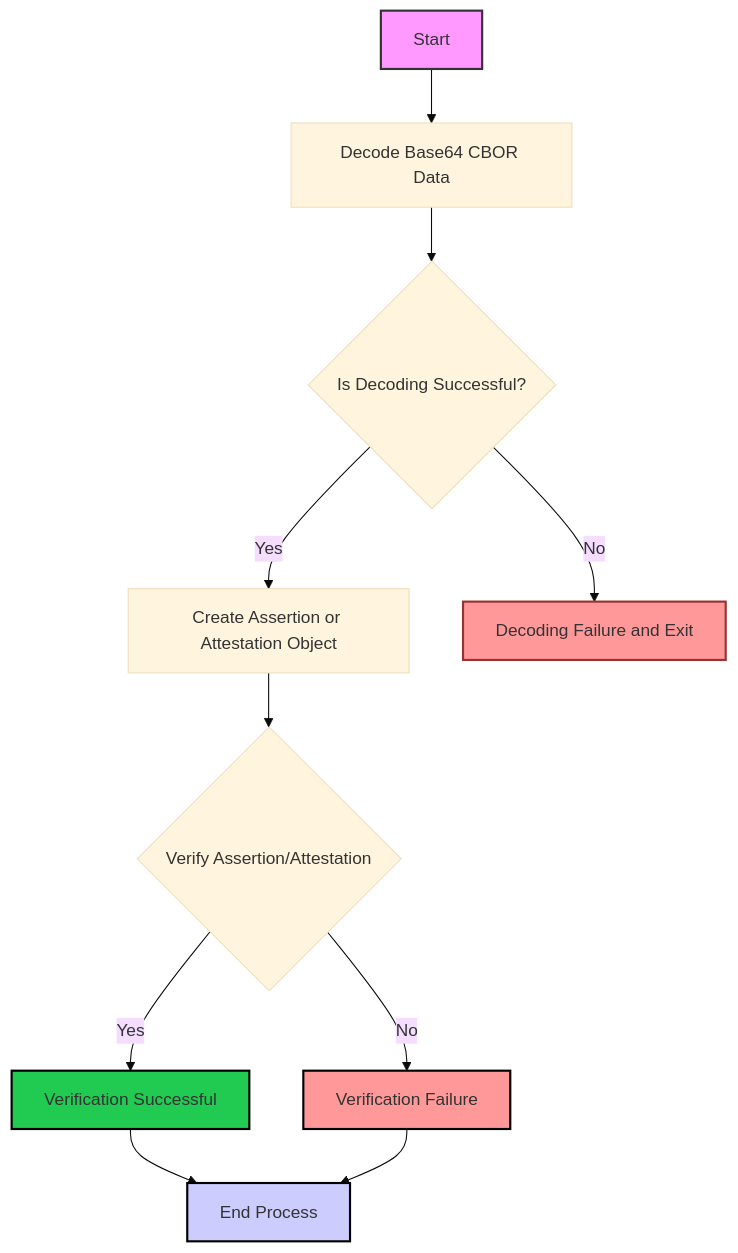
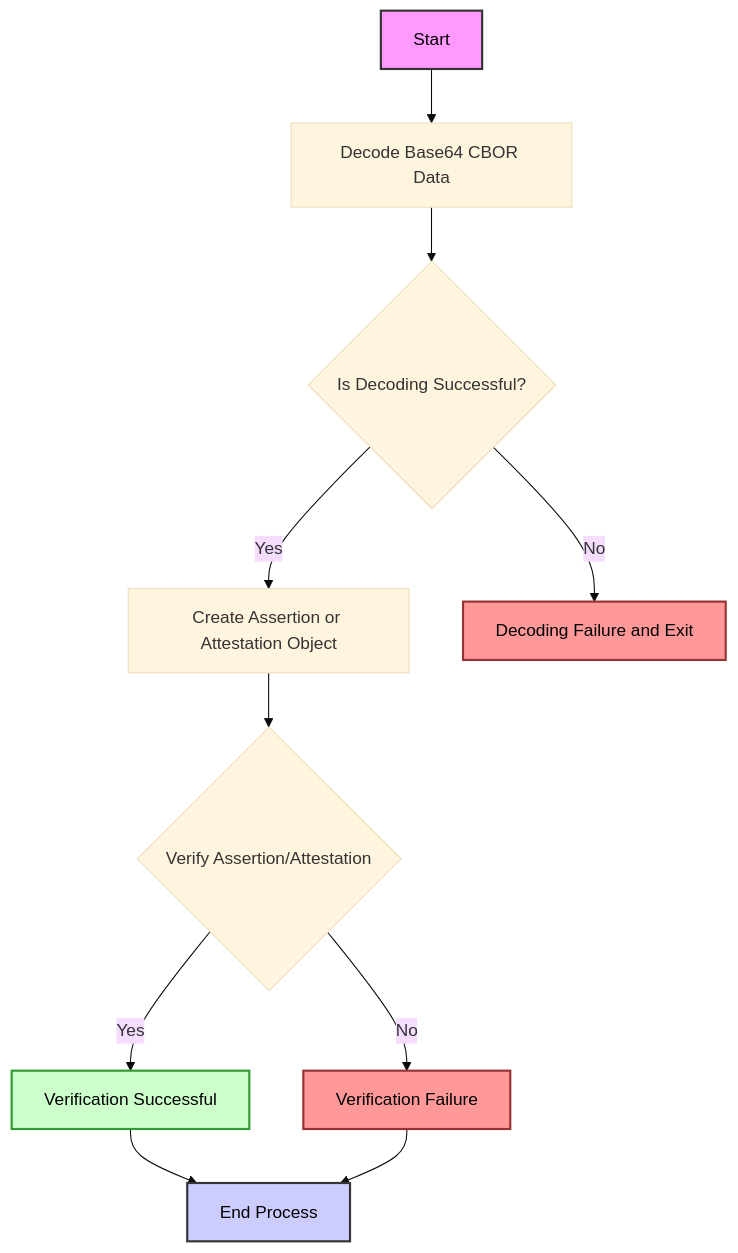
Before and after one commit to TheDhejavu/appattest-rs: the diagram in README.md, drawn with Mermaid (base theme).

````diff
--- a/README.md
+++ b/README.md
@@ -8,21 +8,21 @@
 ```mermaid
 flowchart TD
     A[Start] --> B[Decode Base64 CBOR Data]
     B --> C{Is Decoding Successful?}
     C -->|Yes| D[Create Assertion or Attestation Object]
     C -->|No| E[Decoding Failure and Exit]
 
     D --> F{Verify Assertion/Attestation}
     F -->|Yes| G[Verification Successful]
     F -->|No| H[Verification Failure]
 
     G --> I[End Process]
     H --> I
 
-    style A fill:#f9f,stroke:#333,stroke-width:2px
-    style I fill:#ccf,stroke:#000,stroke-width:2px
-    style G fill:#21CA51,stroke:#000,stroke-width:2px
-    style H fill:#f99,stroke:#000,stroke-width:2px
-    style E fill:#f99,stroke:#933,stroke-width:2px
+    style A fill:#f9f,stroke:#333,stroke-width:2px,color:black
+    style I fill:#ccf,stroke:#333,stroke-width:2px,color:black
+    style G fill:#cfc,stroke:#393,stroke-width:2px,color:black
+    style H fill:#f99,stroke:#933,stroke-width:2px,color:black
+    style E fill:#f99,stroke:#933,stroke-width:2px,color:black
 
 ```
````
